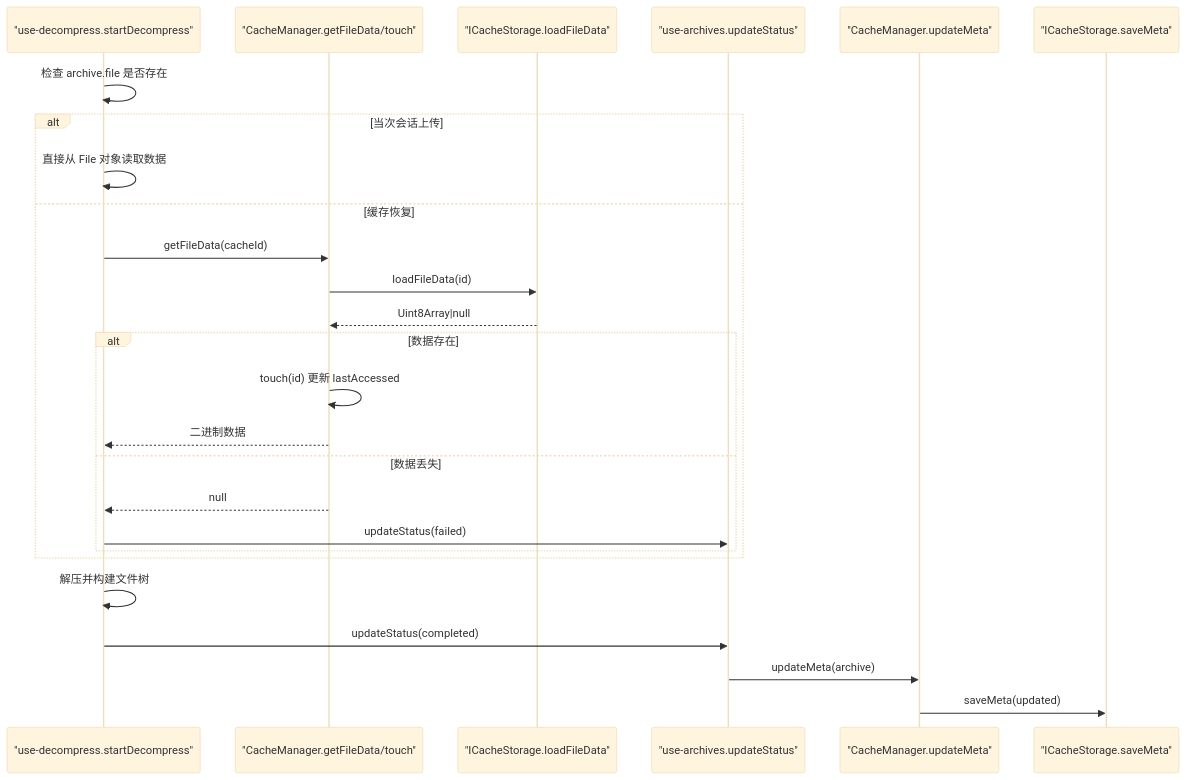
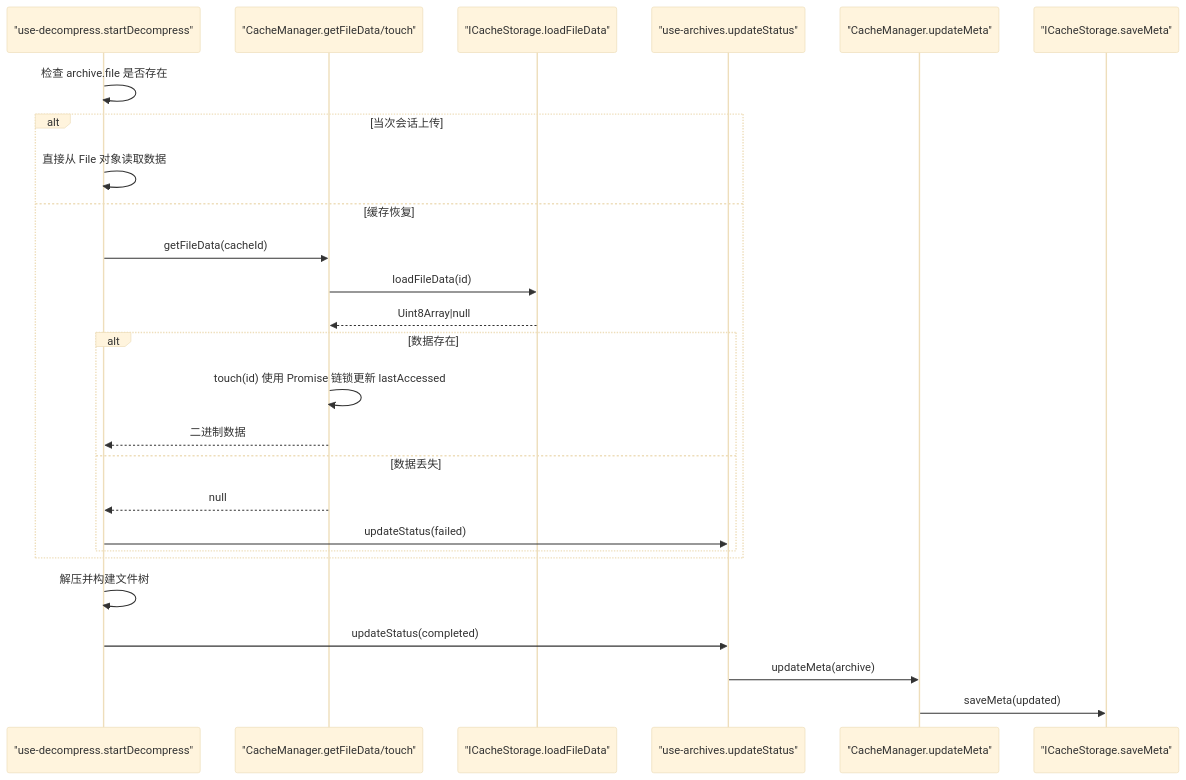
The fifth of 9 diagrams in .qoder/repowiki/zh/content/核心模块/缓存系统.md (taoweidong/Hello-Tauri), drawn with Mermaid (base theme) before and after one commit. The commit also changed other lines of this file and 32 other files, not shown here.

````diff
--- a/.qoder/repowiki/zh/content/核心模块/缓存系统.md
+++ b/.qoder/repowiki/zh/content/核心模块/缓存系统.md
@@ -275,28 +276,28 @@
 ```mermaid
 sequenceDiagram
 participant UD as "use-decompress.startDecompress"
 participant CM as "CacheManager.getFileData/touch"
 participant Store as "ICacheStorage.loadFileData"
 participant UA as "use-archives.updateStatus"
 participant CM2 as "CacheManager.updateMeta"
 participant Store2 as "ICacheStorage.saveMeta"
 UD->>UD : 检查 archive.file 是否存在
 alt 当次会话上传
 UD->>UD : 直接从 File 对象读取数据
 else 缓存恢复
 UD->>CM : getFileData(cacheId)
 CM->>Store : loadFileData(id)
 Store-->>CM : Uint8Array|null
 alt 数据存在
-CM->>CM : touch(id) 更新 lastAccessed
+CM->>CM : touch(id) 使用 Promise 链锁更新 lastAccessed
 CM-->>UD : 二进制数据
 else 数据丢失
 CM-->>UD : null
 UD->>UA : updateStatus(failed)
 end
 end
 UD->>UD : 解压并构建文件树
 UD->>UA : updateStatus(completed)
 UA->>CM2 : updateMeta(archive)
 CM2->>Store2 : saveMeta(updated)
 ```
````
